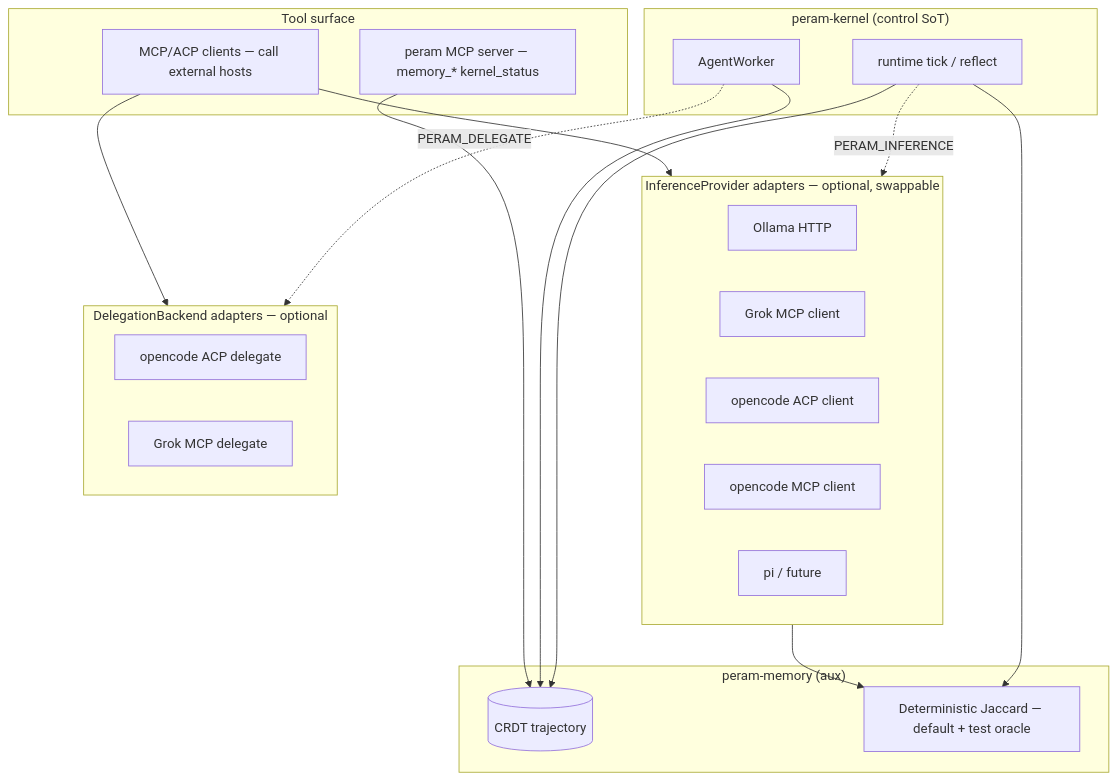
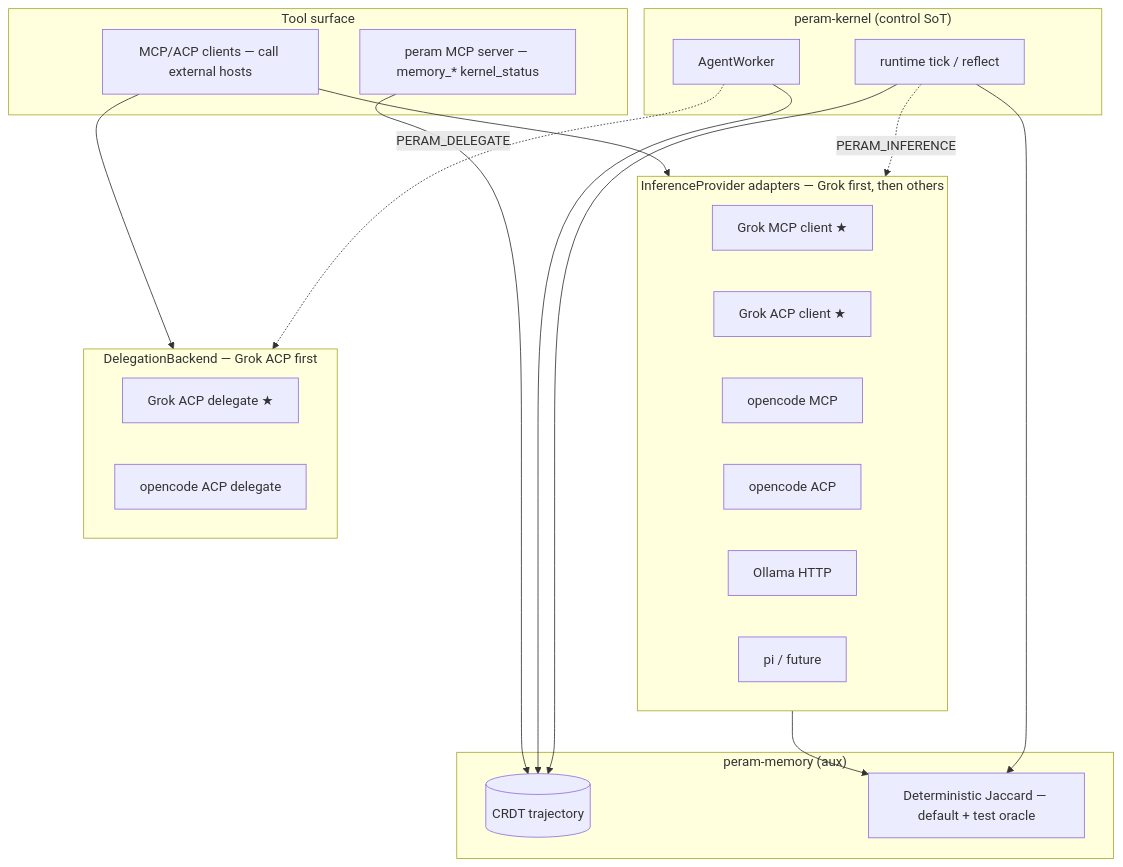
Before and after one commit to thecuriousts/ensembly: diagram 13 of 15 in docs/arch-design/coming-next.md, drawn with Mermaid. The commit also changed other lines of this file and 3 other files, not shown here.

First line of the commit message:
Prioritize Grok MCP and ACP as first SN-8 adapters.

````diff
--- a/docs/arch-design/coming-next.md
+++ b/docs/arch-design/coming-next.md
@@ -403,35 +413,36 @@
 ```mermaid
 flowchart TB
   subgraph kernel["peram-kernel (control SoT)"]
     rt[runtime tick / reflect]
     worker[AgentWorker]
   end
   subgraph memory["peram-memory (aux)"]
     doc[(CRDT trajectory)]
     det[Deterministic Jaccard — default + test oracle]
   end
-  subgraph providers["InferenceProvider adapters — optional, swappable"]
+  subgraph providers["InferenceProvider adapters — Grok first, then others"]
+    grok_mcp[Grok MCP client ★]
+    grok_acp[Grok ACP client ★]
+    oc_mcp[opencode MCP]
+    oc_acp[opencode ACP]
     ollama[Ollama HTTP]
-    grok[Grok MCP client]
-    oc_acp[opencode ACP client]
-    oc_mcp[opencode MCP client]
     pi[pi / future]
   end
-  subgraph hands["DelegationBackend adapters — optional"]
+  subgraph hands["DelegationBackend — Grok ACP first"]
+    grok_del[Grok ACP delegate ★]
     oc_del[opencode ACP delegate]
-    grok_del[Grok MCP delegate]
   end
   subgraph surface["Tool surface"]
     mcp_out[peram MCP server — memory_* kernel_status]
     mcp_in[MCP/ACP clients — call external hosts]
   end
   rt --> doc
   rt --> det
   rt -.->|PERAM_INFERENCE| providers
   providers --> det
   worker --> doc
   worker -.->|PERAM_DELEGATE| hands
   mcp_out --> doc
   mcp_in --> providers
   mcp_in --> hands
 ```
````
